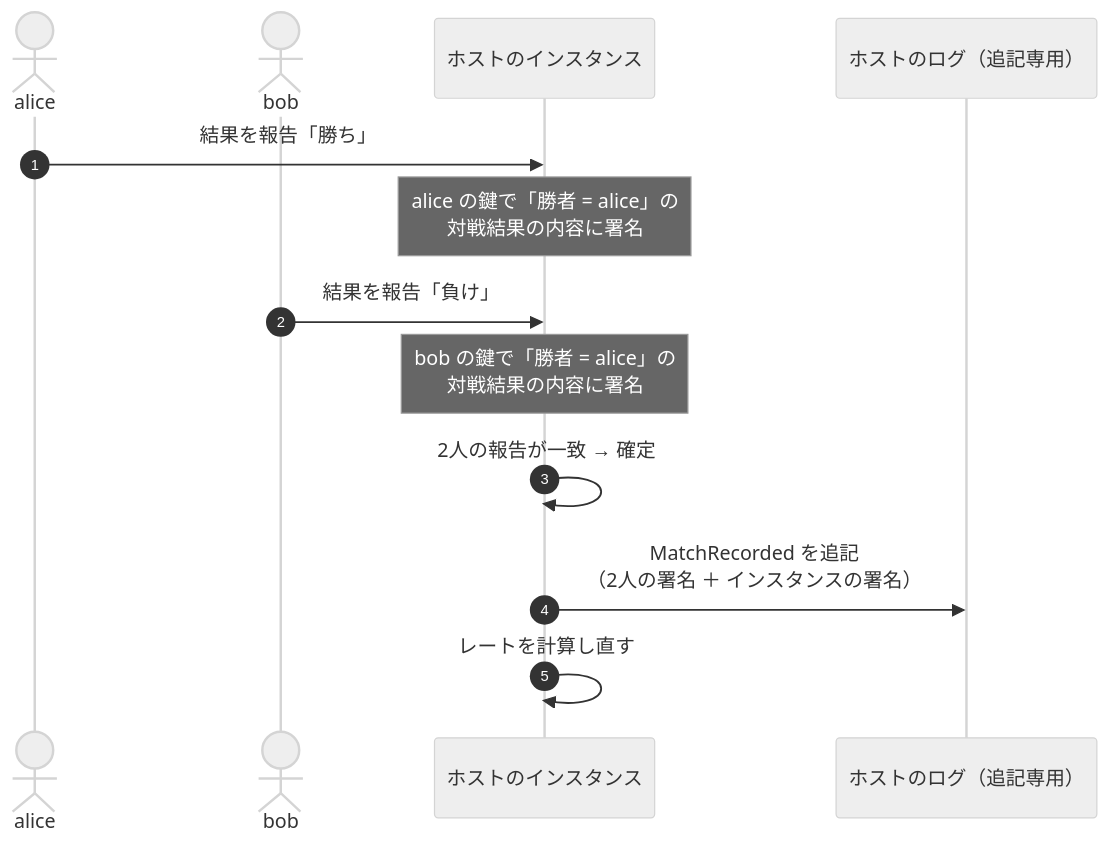
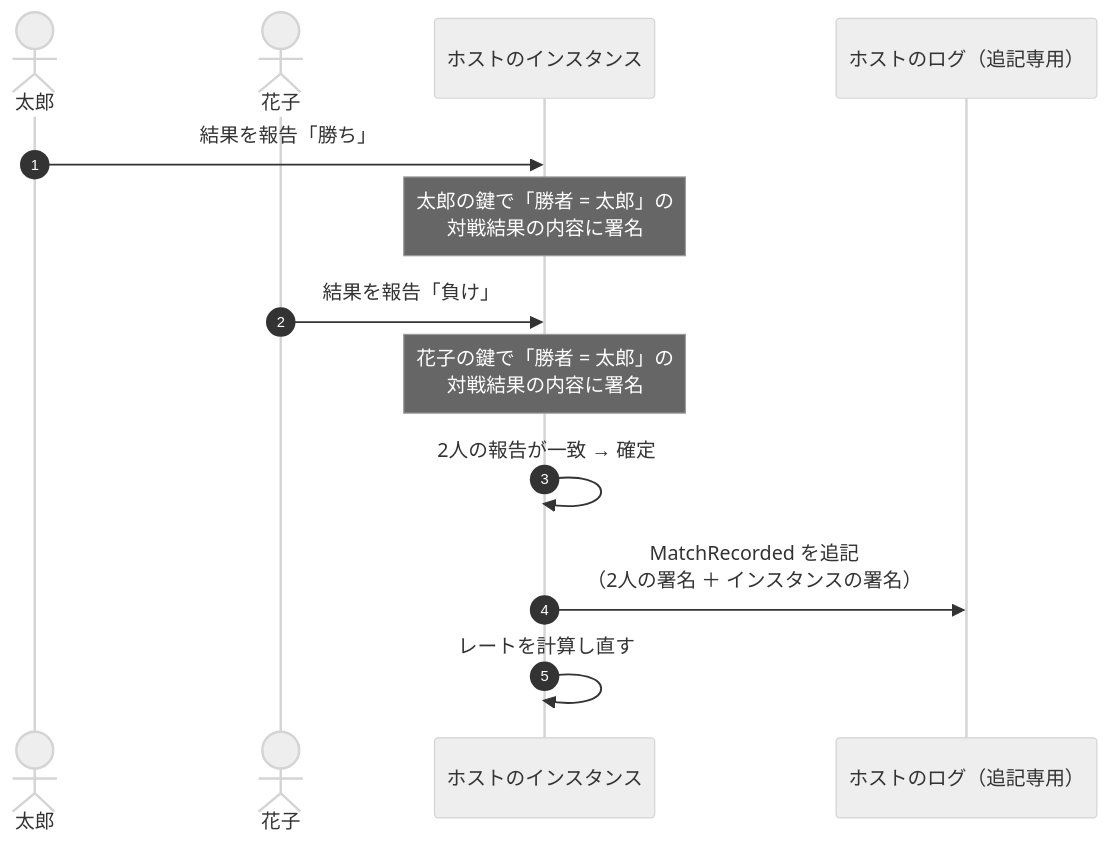
Before and after one commit to tacky0612/smash-hub: the second of 8 diagrams in docs/architecture/federation-walkthrough.md, drawn with Mermaid (neutral theme). The commit also changed other lines of this file and 81 other files, not shown here.

````diff
--- a/docs/architecture/federation-walkthrough.md
+++ b/docs/architecture/federation-walkthrough.md
@@ -62,16 +62,16 @@
 ```mermaid
 sequenceDiagram
   autonumber
-  actor A as alice
-  actor B as bob
+  actor A as 太郎
+  actor B as 花子
   participant H as ホストのインスタンス
   participant L as ホストのログ（追記専用）
 
   A->>H: 結果を報告「勝ち」
-  Note over H: alice の鍵で「勝者 = alice」の<br/>対戦結果の内容に署名
+  Note over H: 太郎の鍵で「勝者 = 太郎」の<br/>対戦結果の内容に署名
   B->>H: 結果を報告「負け」
-  Note over H: bob の鍵で「勝者 = alice」の<br/>対戦結果の内容に署名
+  Note over H: 花子の鍵で「勝者 = 太郎」の<br/>対戦結果の内容に署名
   H->>H: 2人の報告が一致 → 確定
   H->>L: MatchRecorded を追記<br/>（2人の署名 ＋ インスタンスの署名）
   H->>H: レートを計算し直す
 ```
````
